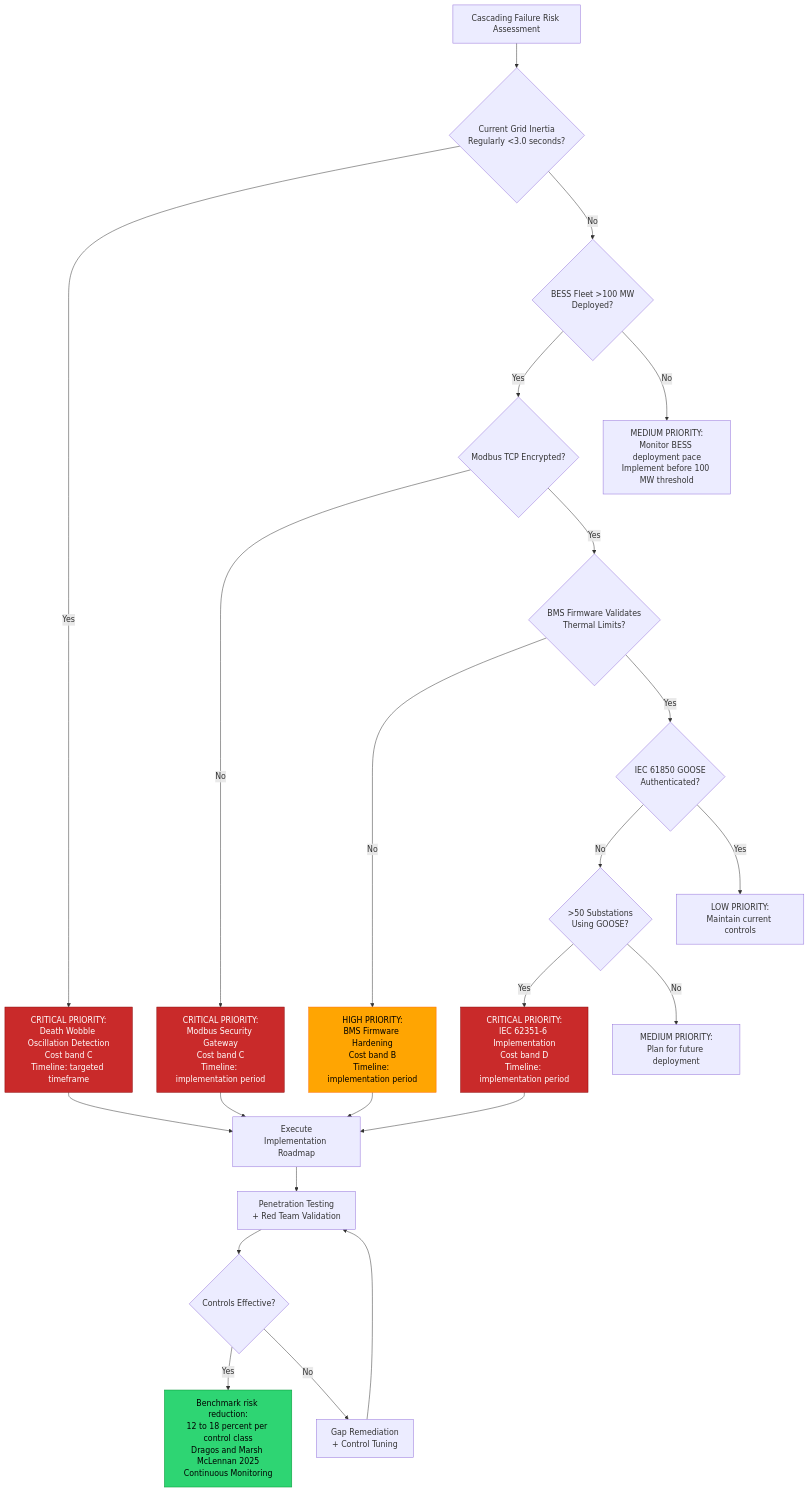
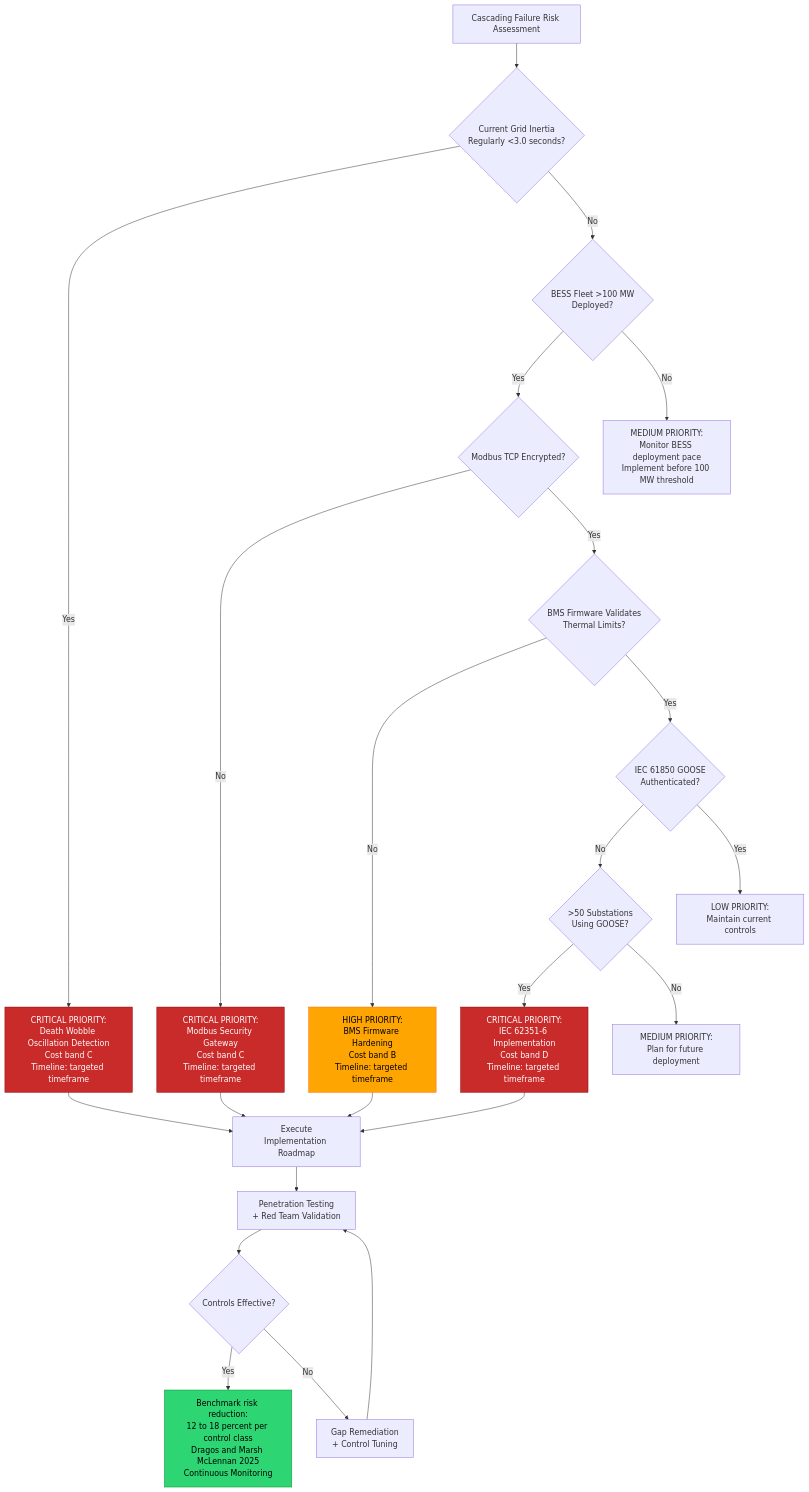
Before and after one commit to Planet9V/eigenia: diagram 12 of 12 in references/WG-04-CF-Cascading-Failures/WG-04-CF-Cascading Failure Hypothesis.md, drawn with Mermaid. The commit also changed other lines of this file, not shown here.

First line of the commit message:
feat(content): cross-reference the corpus and close the last diagram labels

````diff
--- a/references/WG-04-CF-Cascading-Failures/WG-04-CF-Cascading Failure Hypothesis.md
+++ b/references/WG-04-CF-Cascading-Failures/WG-04-CF-Cascading Failure Hypothesis.md
@@ -1965,41 +1985,41 @@
 ```mermaid
 graph TB
     Start[Cascading Failure Risk Assessment]
     Start --> Q1{Current Grid Inertia <br/>Regularly <3.0 seconds?}
 
     Q1 -->|Yes| Critical1[CRITICAL PRIORITY:<br/>Death Wobble Oscillation Detection<br/>Cost band C<br/>Timeline: targeted timeframe]
     Q1 -->|No| Q2{BESS Fleet >100 MW<br/>Deployed?}
 
     Q2 -->|Yes| Q3{Modbus TCP Encrypted?}
     Q2 -->|No| Medium1[MEDIUM PRIORITY:<br/>Monitor BESS deployment pace<br/>Implement before 100 MW threshold]
 
-    Q3 -->|No| Critical2[CRITICAL PRIORITY:<br/>Modbus Security Gateway<br/>Cost band C<br/>Timeline: implementation period]
+    Q3 -->|No| Critical2[CRITICAL PRIORITY:<br/>Modbus Security Gateway<br/>Cost band C<br/>Timeline: targeted timeframe]
     Q3 -->|Yes| Q4{BMS Firmware Validates<br/>Thermal Limits?}
 
-    Q4 -->|No| High1[HIGH PRIORITY:<br/>BMS Firmware Hardening<br/>Cost band B<br/>Timeline: implementation period]
+    Q4 -->|No| High1[HIGH PRIORITY:<br/>BMS Firmware Hardening<br/>Cost band B<br/>Timeline: targeted timeframe]
     Q4 -->|Yes| Q5{IEC 61850 GOOSE<br/>Authenticated?}
 
     Q5 -->|No| Q6{>50 Substations<br/>Using GOOSE?}
     Q5 -->|Yes| Low1[LOW PRIORITY:<br/>Maintain current controls]
 
-    Q6 -->|Yes| Critical3[CRITICAL PRIORITY:<br/>IEC 62351-6 Implementation<br/>Cost band D<br/>Timeline: implementation period]
+    Q6 -->|Yes| Critical3[CRITICAL PRIORITY:<br/>IEC 62351-6 Implementation<br/>Cost band D<br/>Timeline: targeted timeframe]
     Q6 -->|No| Medium2[MEDIUM PRIORITY:<br/>Plan for future deployment]
 
     Critical1 --> Implementation[Execute<br/>Implementation Roadmap]
     Critical2 --> Implementation
     Critical3 --> Implementation
     High1 --> Implementation
 
     Implementation --> Validation[Penetration Testing<br/>+ Red Team Validation]
     Validation --> Q7{Controls Effective?}
 
     Q7 -->|Yes| Success[Benchmark risk reduction:<br/>12 to 18 percent per control class<br/>Dragos and Marsh McLennan 2025<br/>Continuous Monitoring]
     Q7 -->|No| Remediation[Gap Remediation<br/>+ Control Tuning]
     Remediation --> Validation
 
     style Critical1 fill:#c92a2a,stroke:#8b0000,color:#fff
     style Critical2 fill:#c92a2a,stroke:#8b0000,color:#fff
     style Critical3 fill:#c92a2a,stroke:#8b0000,color:#fff
     style High1 fill:#ffa502,stroke:#ff6b00,color:#000
     style Success fill:#2ed573,stroke:#009432,color:#000
 ```
````
